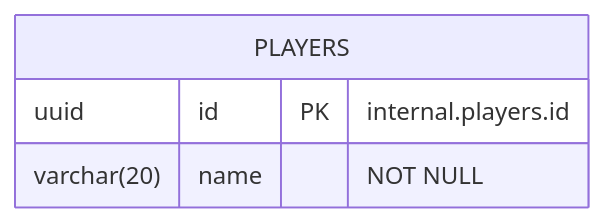
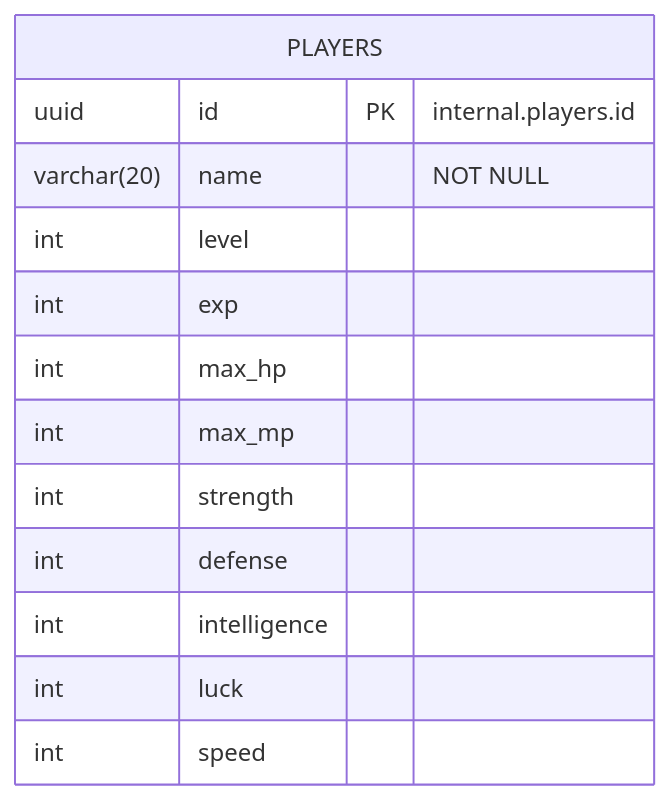
Before and after one commit to ayumu203/nisekue: the diagram in docs/02_ER図.mmd, drawn with Mermaid. The commit also changed 1 other file, not shown here.

```diff
--- a/docs/02_ER図.mmd
+++ b/docs/02_ER図.mmd
@@ -1,5 +1,14 @@
 erDiagram
     PLAYERS {
         uuid id PK "internal.players.id"
         varchar(20) name "NOT NULL"
+        int level
+        int exp
+        int max_hp
+        int max_mp
+        int strength
+        int defense
+        int intelligence
+        int luck
+        int speed
     }
```
